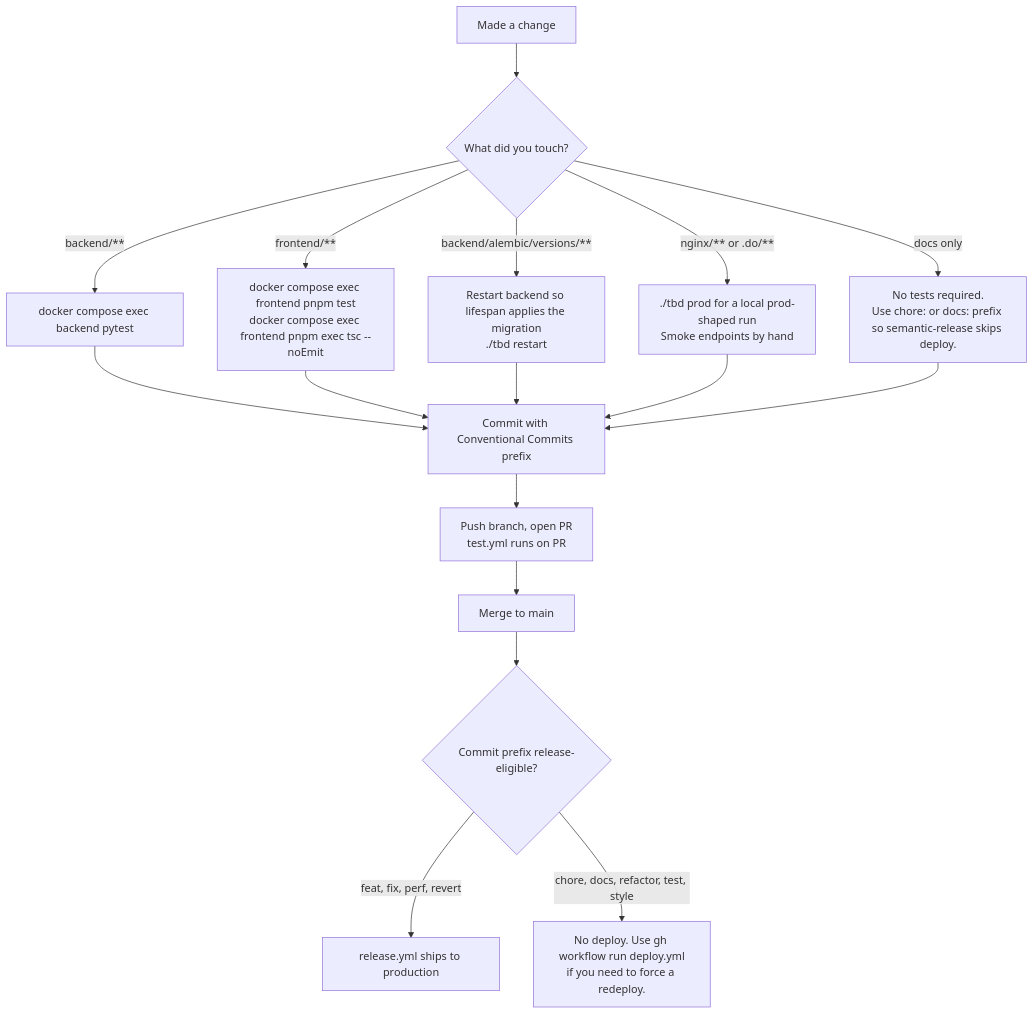
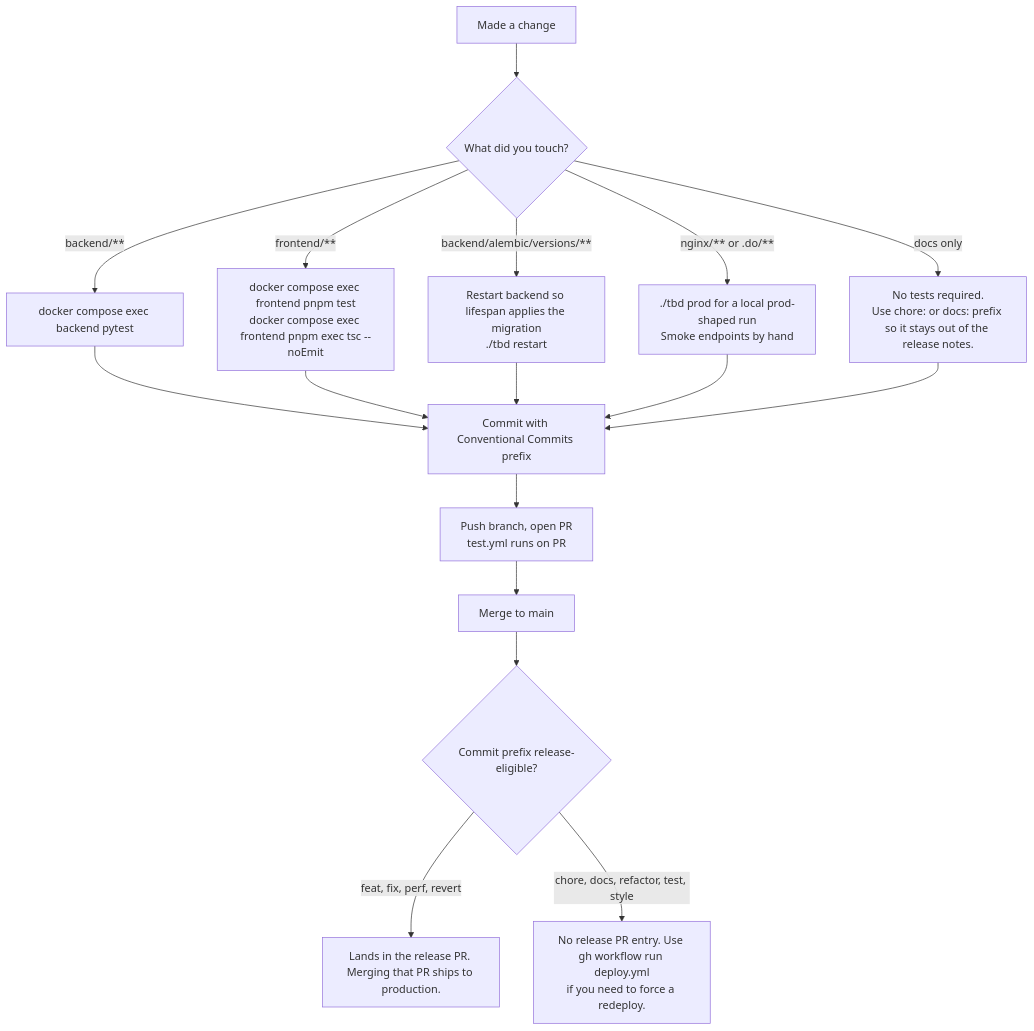
Before and after one commit to fjcloudaiconsulting/tbd: the diagram in CONTRIBUTING.md, drawn with Mermaid. The commit also changed other lines of this file and 33 other files, not shown here.

````diff
--- a/CONTRIBUTING.md
+++ b/CONTRIBUTING.md
@@ -51,19 +51,19 @@
 ```mermaid
 flowchart TD
     A[Made a change] --> B{What did you touch?}
     B -->|backend/**| C[docker compose exec backend pytest]
     B -->|frontend/**| D[docker compose exec frontend pnpm test<br/>docker compose exec frontend pnpm exec tsc --noEmit]
     B -->|backend/alembic/versions/**| E[Restart backend so lifespan applies the migration<br/>./tbd restart]
     B -->|nginx/** or .do/**| F[./tbd prod for a local prod-shaped run<br/>Smoke endpoints by hand]
-    B -->|docs only| G[No tests required.<br/>Use chore: or docs: prefix so semantic-release skips deploy.]
+    B -->|docs only| G[No tests required.<br/>Use chore: or docs: prefix so it stays out of the release notes.]
     C --> H[Commit with Conventional Commits prefix]
     D --> H
     E --> H
     F --> H
     G --> H
     H --> I[Push branch, open PR<br/>test.yml runs on PR]
     I --> J[Merge to main]
     J --> K{Commit prefix release-eligible?}
-    K -->|feat, fix, perf, revert| L[release.yml ships to production]
-    K -->|chore, docs, refactor, test, style| M[No deploy. Use gh workflow run deploy.yml<br/>if you need to force a redeploy.]
+    K -->|feat, fix, perf, revert| L[Lands in the release PR. Merging that PR ships to production.]
+    K -->|chore, docs, refactor, test, style| M[No release PR entry. Use gh workflow run deploy.yml<br/>if you need to force a redeploy.]
 ```
````
